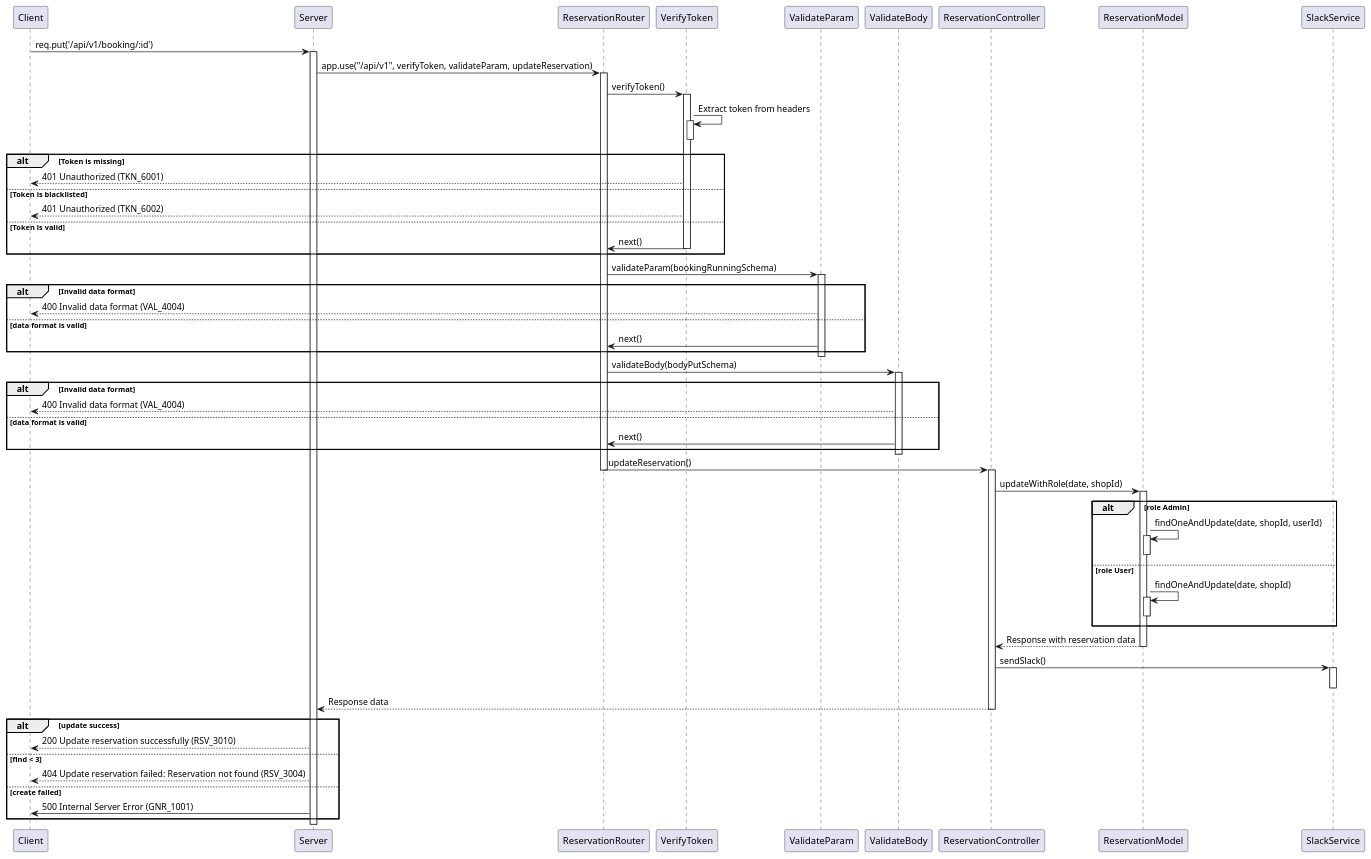
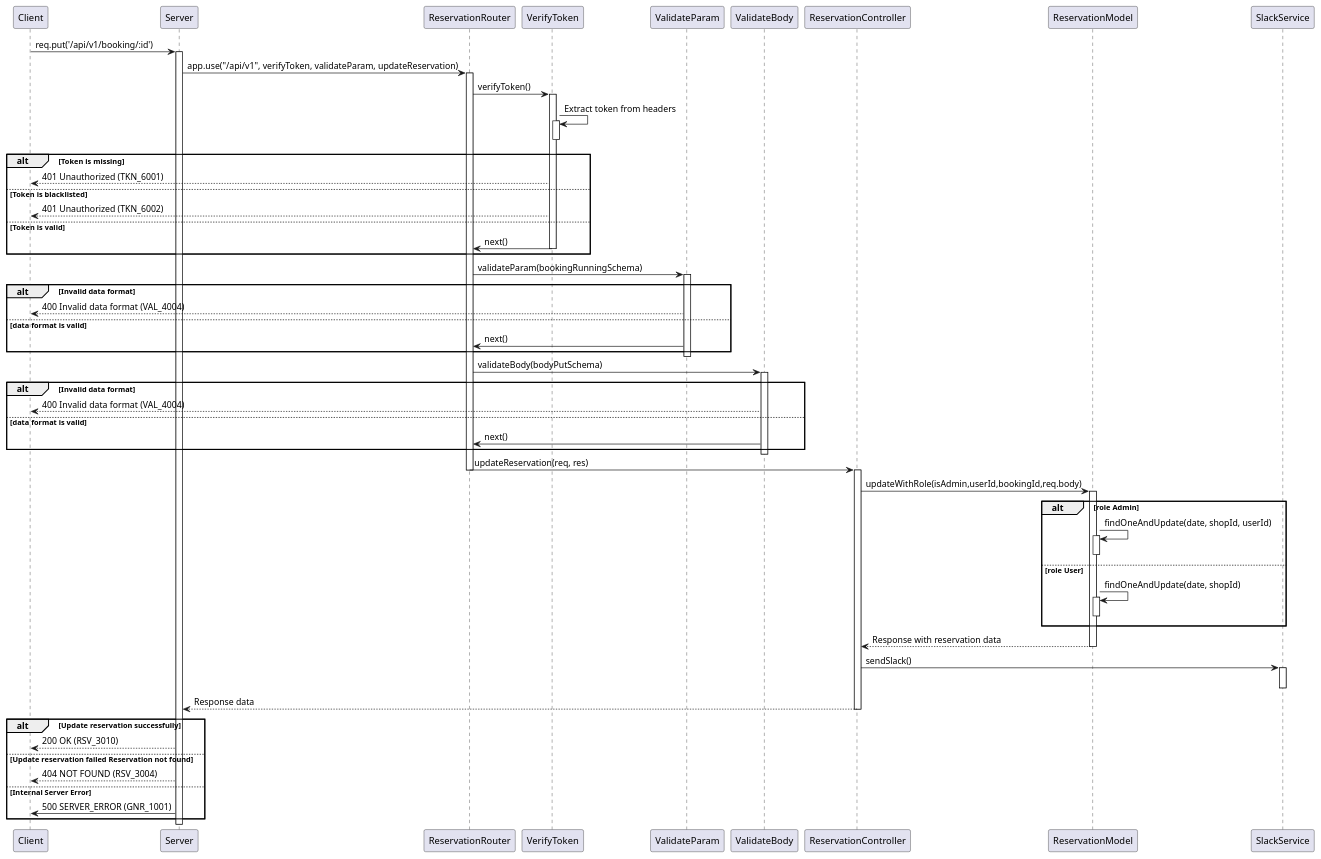
Before and after one commit to mindwua/massage_reservation: the diagram in diagram/put_booking.puml, drawn with PlantUML.

Commit message:
Mind | edit put sequnce diagram

```diff
--- a/diagram/put_booking.puml
+++ b/diagram/put_booking.puml
@@ -1,91 +1,85 @@
 @startuml
 participant Client
 participant Server
 participant ReservationRouter as "ReservationRouter"
 participant VerifyToken
 participant ValidateParam
 participant ValidateBody
 participant ReservationController as "ReservationController"
 participant ReservationModel as "ReservationModel"
 participant SlackService
 
 Client -> Server: req.put('/api/v1/booking/:id')
 activate Server
 Server -> ReservationRouter: app.use("/api/v1", verifyToken, validateParam, updateReservation)
 activate ReservationRouter
 
 ReservationRouter -> VerifyToken: verifyToken()
 activate VerifyToken
 VerifyToken -> VerifyToken: Extract token from headers
 activate VerifyToken
 deactivate VerifyToken
 
 alt Token is missing
     VerifyToken --> Client: 401 Unauthorized (TKN_6001)
 else Token is blacklisted
     VerifyToken --> Client: 401 Unauthorized (TKN_6002)
 else Token is valid
     VerifyToken -> ReservationRouter: next()
     deactivate VerifyToken
 end
 
 ReservationRouter -> ValidateParam: validateParam(bookingRunningSchema)
 
 activate ValidateParam
 alt Invalid data format
     ValidateParam --> Client: 400 Invalid data format (VAL_4004)
 else data format is valid    
     ValidateParam -> ReservationRouter:  next()
 end
 deactivate ValidateParam
 
 ReservationRouter -> ValidateBody: validateBody(bodyPutSchema)
 activate ValidateBody
 alt Invalid data format
     ValidateBody --> Client: 400 Invalid data format (VAL_4004)
 else data format is valid    
     ValidateBody -> ReservationRouter:  next()
 end
 deactivate ValidateBody
 
-ReservationRouter -> ReservationController: updateReservation()
+ReservationRouter -> ReservationController: updateReservation(req, res)
 deactivate ReservationRouter
 
 activate ReservationController
 
-ReservationController -> ReservationModel: updateWithRole(date, shopId)
+ReservationController -> ReservationModel: updateWithRole(isAdmin,userId,bookingId,req.body)
 activate ReservationModel
 
 alt role Admin
     ReservationModel -> ReservationModel: findOneAndUpdate(date, shopId, userId)
     activate ReservationModel
     deactivate ReservationModel
 else role User
     ReservationModel -> ReservationModel: findOneAndUpdate(date, shopId)
     activate ReservationModel
     deactivate ReservationModel
 end
 
 ReservationModel --> ReservationController: Response with reservation data
 deactivate ReservationModel
 
 ReservationController -> SlackService: sendSlack()
 activate SlackService
 deactivate SlackService
 ReservationController --> Server: Response data
 deactivate ReservationController
 
-alt update success
-    Server --> Client: 200 Update reservation successfully (RSV_3010)
-' deactivate ReservationRouter
-else find < 3 
-    Server --> Client: 404 Update reservation failed: Reservation not found (RSV_3004)
-' deactivate Server
-else create failed
-    Server -> Client: 500 Internal Server Error (GNR_1001)
+alt Update reservation successfully
+    Server --> Client: 200 OK (RSV_3010)
+else Update reservation failed Reservation not found
+    Server --> Client: 404 NOT FOUND (RSV_3004)
+else Internal Server Error
+    Server -> Client: 500 SERVER_ERROR (GNR_1001)
 end
-' group Error Handling
-    ' ReservationController -> Client: 500 Internal Server Error (GNR_1001)
-    ' deactivate Server
-' end
 @enduml
```
